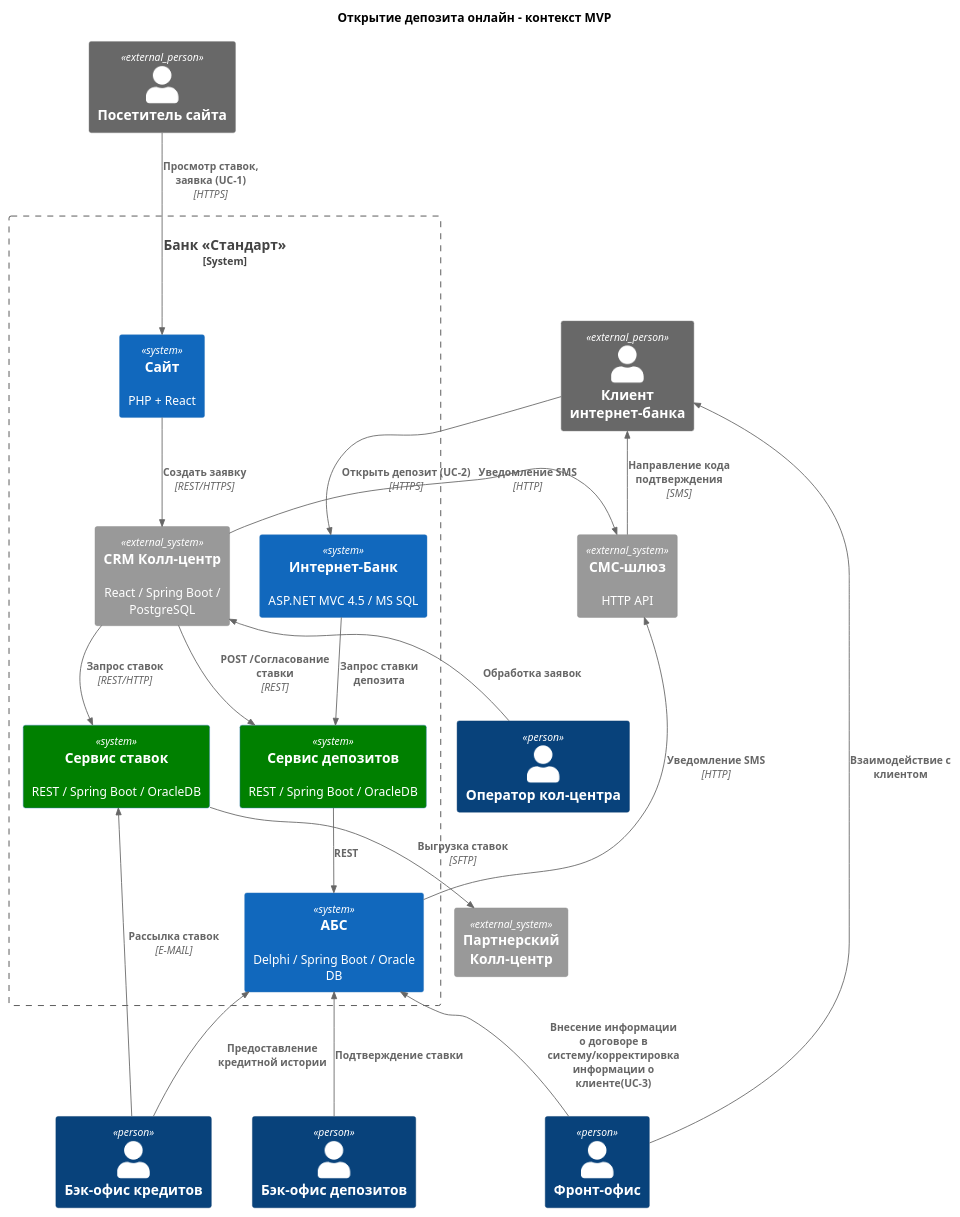
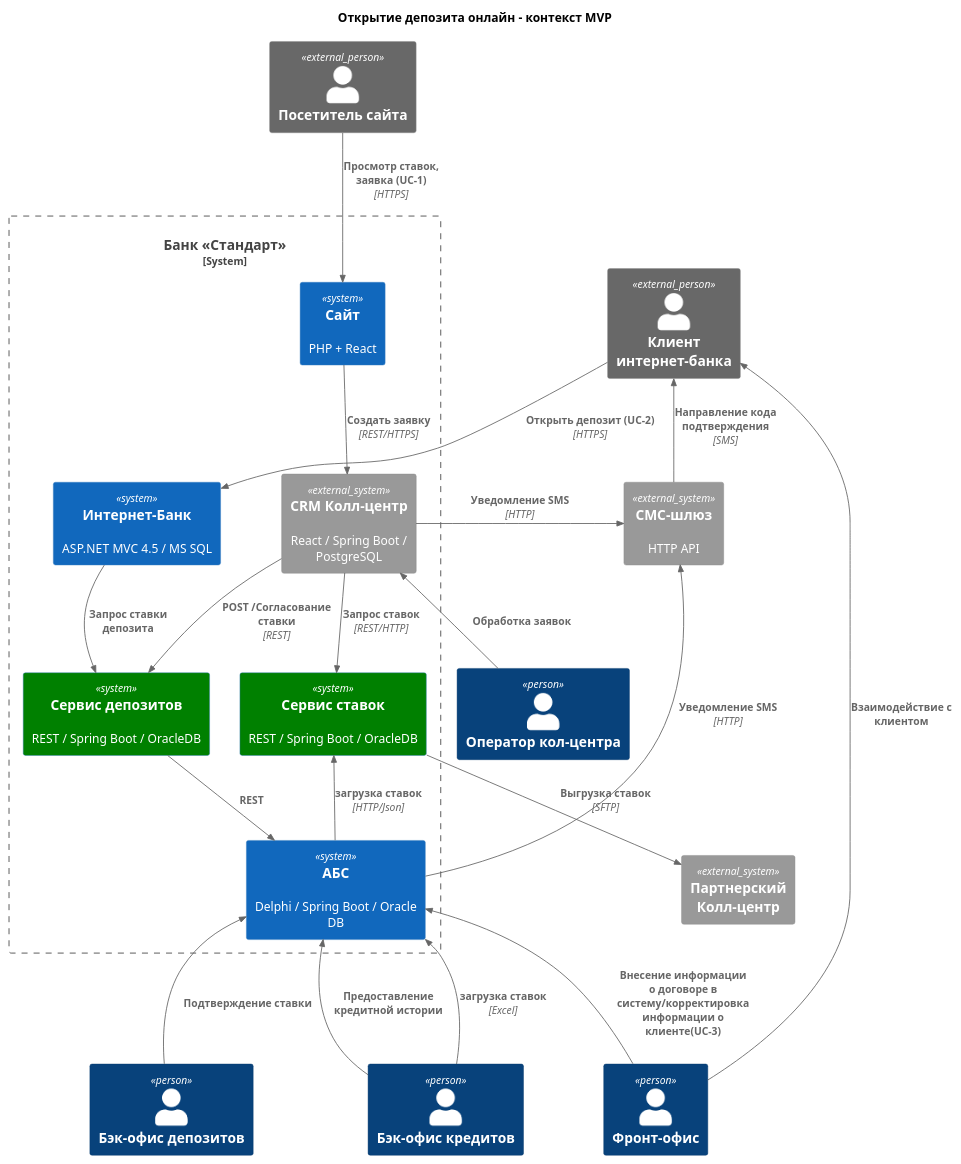
One commit to Rzr18/architecture-standart changed the diagram in Task4/С4_Context.puml. Above: the diagram before and after it, drawn with PlantUML. The commit also changed 3 other files, not shown here.

```diff
--- a/Task4/С4_Context.puml
+++ b/Task4/С4_Context.puml
@@ -1,46 +1,47 @@
 @startuml context
 !include https://raw.githubusercontent.com/plantuml-stdlib/C4-PlantUML/master/C4_Context.puml
 title Открытие депозита онлайн – контекст MVP
 
 Person(cc_agent,"Оператор кол-центра")
 Person_Ext(visitor, "Посетитель сайта")
 Person_Ext(client,  "Клиент интернет-банка")
 
 Person(fo_dep,  "Фронт-офис")
 Person(bo_dep,  "Бэк-офис депозитов")
 Person(bo_cred,  "Бэк-офис кредитов")
 
 System_Ext(sms,     "СМС-шлюз", "HTTP API")
 System_Ext(extCC,     "Партнерский Колл-центр")
 
 System_Boundary(bank, "Банк «Стандарт»") {
 
   System(ib,          "Интернет-Банк", "ASP.NET MVC 4.5 / MS SQL")
   System(site,    "Сайт", "PHP + React")
   System_Ext(crm,     "CRM Колл-центр", "React / Spring Boot / PostgreSQL")
   System(deposit_api, "Сервис депозитов", "REST / Spring Boot / OracleDB") #green
 
   System(rates_api, "Сервис ставок", "REST / Spring Boot / OracleDB") #green
 
   System(abs, "АБС", "Delphi / Spring Boot / Oracle DB") 
 }
 
 Rel_D(visitor,   site,        "Просмотр ставок, заявка (UC-1)", "HTTPS")
 Rel(site,      crm,         "Создать заявку",                    "REST/HTTPS")
 Rel(crm,      rates_api,         "Запрос ставок",                    "REST/HTTP")
 Rel(rates_api,   extCC,       "Выгрузка ставок",                    "SFTP")
 Rel_U(cc_agent,  crm,         "Обработка заявок")
 Rel(crm,       deposit_api, "POST /Согласование ставки",      "REST")
 Rel_D(client,    ib,          "Открыть депозит (UC-2)",         "HTTPS")
 Rel_D(ib,        deposit_api, "Запрос ставки депозита")
 Rel(deposit_api, abs,   "REST")
 Rel_U(bo_dep,    abs,     "Подтверждение ставки")
 Rel_U(bo_cred,    abs,     "Предоставление кредитной истории")
-Rel_U(bo_cred,    rates_api,     "Рассылка ставок", "E-MAIL")
+Rel_U(bo_cred,    abs,     "загрузка ставок", "Excel")
+Rel_U(abs,    rates_api,     "загрузка ставок", "HTTP/Json")
 Rel_U(fo_dep,    abs,     "Внесение информации о договоре в систему/корректировка информации о клиенте(UC-3)")
 Rel_U(fo_dep,    client,     "Взаимодействие с клиентом")
 Rel_L(abs,   sms,         "Уведомление SMS",                "HTTP")
 Rel_L(crm,   sms,         "Уведомление SMS",                "HTTP")
 Rel_U(sms,   client,          "Направление кода подтверждения",                "SMS")
 
 @enduml
```
